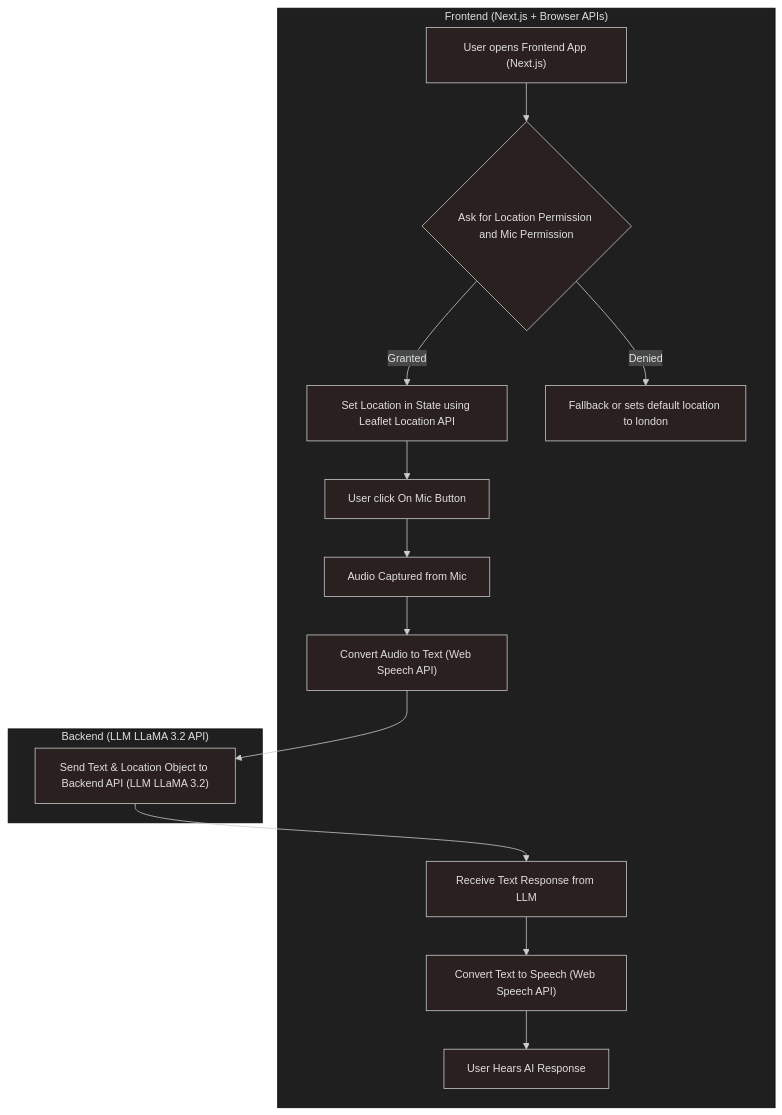
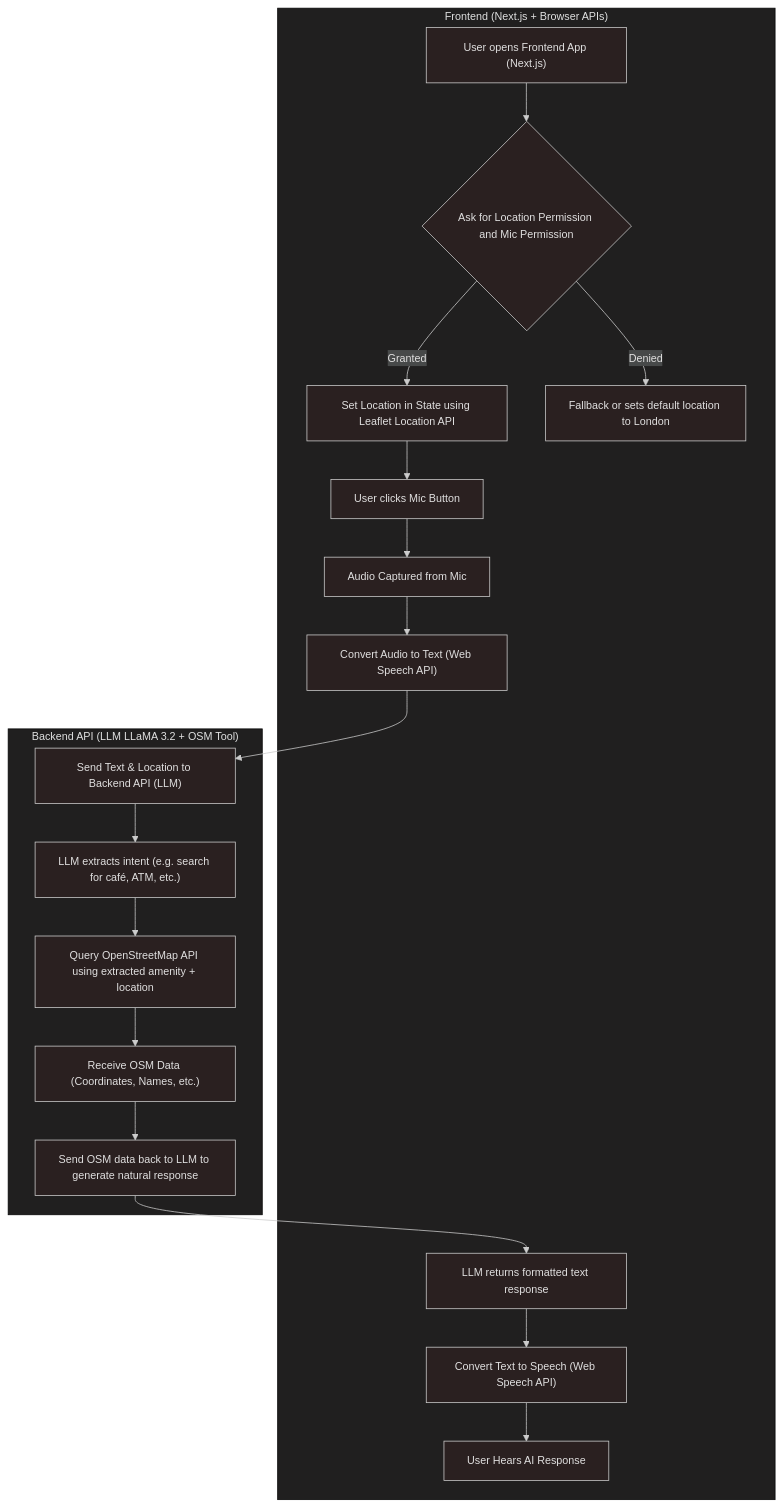
One commit to sanjayc208/guide-agent changed the diagram in flowchart.md. Above: the diagram before and after it, drawn with Mermaid.

Commit message:
feat: change in flowchart

````diff
--- a/flowchart.md
+++ b/flowchart.md
@@ -1,25 +1,29 @@
 ```mermaid
 ---
 config:
   theme: neo-dark
 ---
 flowchart TD
 
   subgraph Frontend ["Frontend (Next.js + Browser APIs)"]
     A["User opens Frontend App (Next.js)"] --> B{"Ask for Location Permission and Mic Permission"}
     B -->|"Granted"| C["Set Location in State using Leaflet Location API"]
-    B -->|"Denied"| D["Fallback or sets default location to london"]
+    B -->|"Denied"| D["Fallback or sets default location to London"]
 
-    C --> E["User click On Mic Button"]
+    C --> E["User clicks Mic Button"]
     E --> F["Audio Captured from Mic"]
     F --> G["Convert Audio to Text (Web Speech API)"]
     I --> J["Convert Text to Speech (Web Speech API)"]
     J --> K["User Hears AI Response"]
   end
 
-  subgraph Backend ["Backend (LLM LLaMA 3.2 API)"]
-    G --> H["Send Text & Location Object to Backend API (LLM LLaMA 3.2)"]
-    H --> I["Receive Text Response from LLM"]
+  subgraph Backend ["Backend API (LLM LLaMA 3.2 + OSM Tool)"]
+    G --> H["Send Text & Location to Backend API (LLM)"]
+    H --> L["LLM extracts intent (e.g. search for café, ATM, etc.)"]
+    L --> M["Query OpenStreetMap API using extracted amenity + location"]
+    M --> N["Receive OSM Data (Coordinates, Names, etc.)"]
+    N --> O["Send OSM data back to LLM to generate natural response"]
+    O --> I["LLM returns formatted text response"]
   end
 
 ```
````
